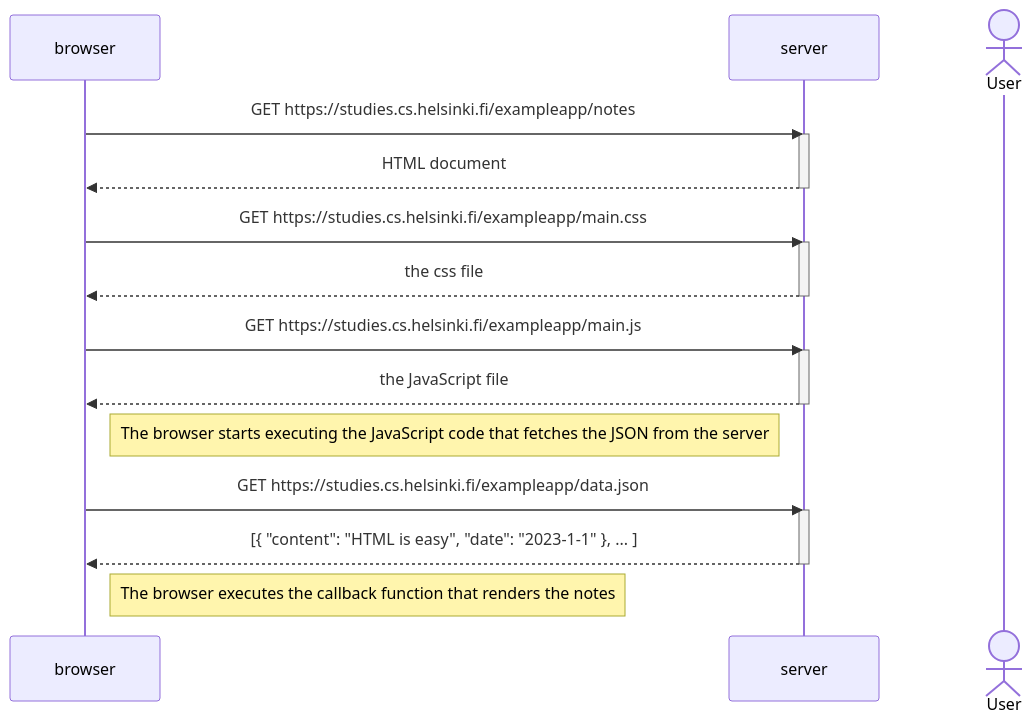
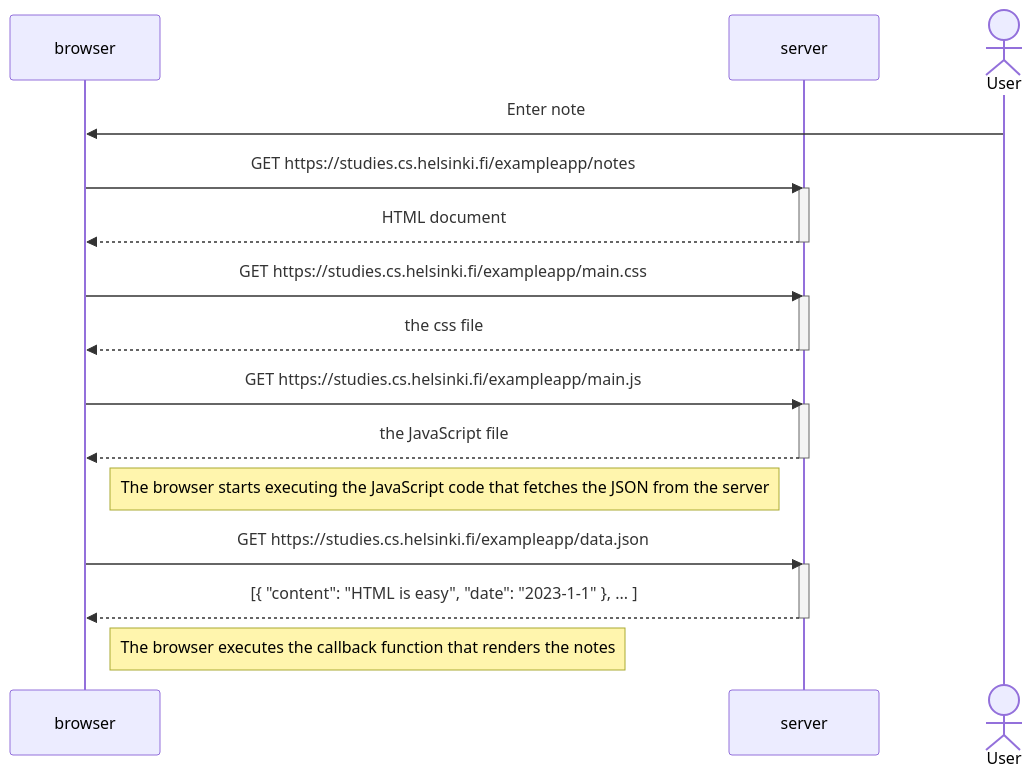
Before and after one commit to edercarmonaa/fullstack: the diagram in part0/exercise04.md, drawn with Mermaid.

````diff
--- a/part0/exercise04.md
+++ b/part0/exercise04.md
@@ -3,32 +3,34 @@
 ```mermaid
 
 sequenceDiagram
     participant browser
     participant server
     actor User
-
+    User ->>browser: Enter note
+     
+    
     browser->>server: GET https://studies.cs.helsinki.fi/exampleapp/notes
     activate server
     server-->>browser: HTML document
     deactivate server
 
     browser->>server: GET https://studies.cs.helsinki.fi/exampleapp/main.css
     activate server
     server-->>browser: the css file
     deactivate server
 
     browser->>server: GET https://studies.cs.helsinki.fi/exampleapp/main.js
     activate server
     server-->>browser: the JavaScript file
     deactivate server
 
     Note right of browser: The browser starts executing the JavaScript code that fetches the JSON from the server
 
     browser->>server: GET https://studies.cs.helsinki.fi/exampleapp/data.json
     activate server
     server-->>browser: [{ "content": "HTML is easy", "date": "2023-1-1" }, ... ]
     deactivate server
 
     Note right of browser: The browser executes the callback function that renders the notes
   
 ```
````
